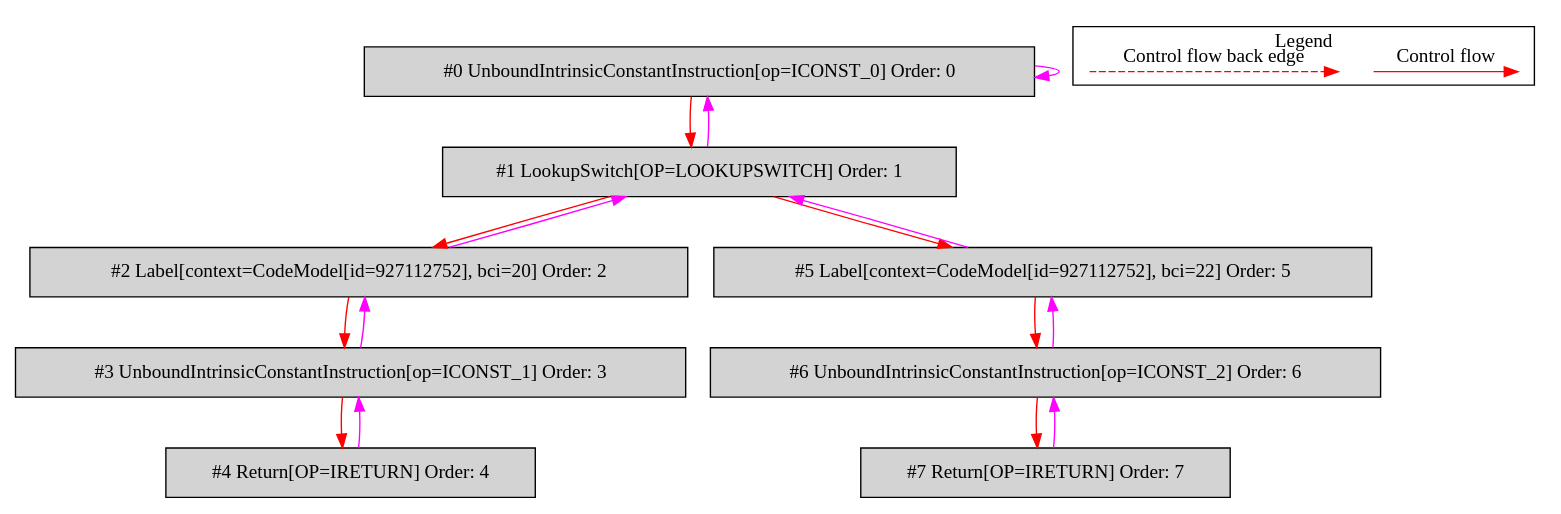
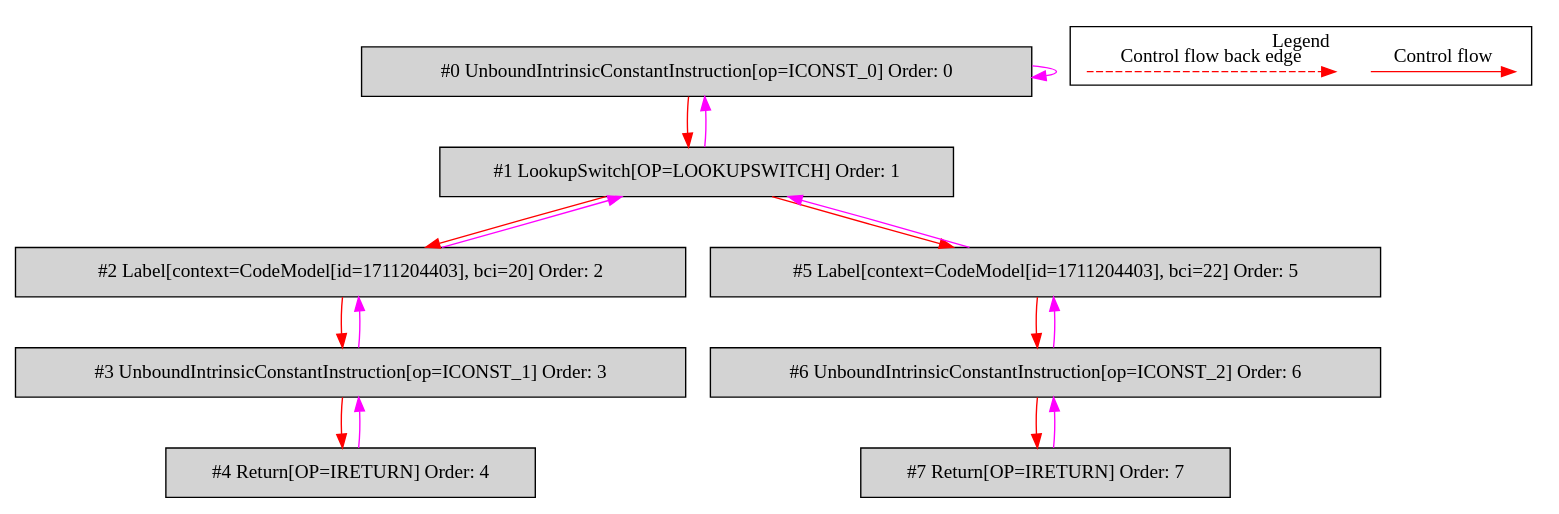
One commit to mirkosertic/MetaIR changed the diagram in de.mirkosertic.metair.ir.OpcodeLOOKUPSWITCHTest/test_LOOKUPSWITCH/bytecodecfg.dot. Above: the diagram before and after it, drawn with Graphviz. The commit also changed 1247 other files, not shown here.

```diff
--- a/de.mirkosertic.metair.ir.OpcodeLOOKUPSWITCHTest/test_LOOKUPSWITCH/bytecodecfg.dot
+++ b/de.mirkosertic.metair.ir.OpcodeLOOKUPSWITCHTest/test_LOOKUPSWITCH/bytecodecfg.dot
@@ -1,40 +1,40 @@
 digraph {
  ordering="in";
  node0[label="#0 UnboundIntrinsicConstantInstruction[op=ICONST_0] Order: 0", shape=box, fillcolor=lightgrey, style=filled];
  node1[label="#1 LookupSwitch[OP=LOOKUPSWITCH] Order: 1", shape=box, fillcolor=lightgrey, style=filled];
- node2[label="#2 Label[context=CodeModel[id=927112752], bci=20] Order: 2", shape=box, fillcolor=lightgrey, style=filled];
+ node2[label="#2 Label[context=CodeModel[id=1711204403], bci=20] Order: 2", shape=box, fillcolor=lightgrey, style=filled];
  node3[label="#3 UnboundIntrinsicConstantInstruction[op=ICONST_1] Order: 3", shape=box, fillcolor=lightgrey, style=filled];
  node4[label="#4 Return[OP=IRETURN] Order: 4", shape=box, fillcolor=lightgrey, style=filled];
- node5[label="#5 Label[context=CodeModel[id=927112752], bci=22] Order: 5", shape=box, fillcolor=lightgrey, style=filled];
+ node5[label="#5 Label[context=CodeModel[id=1711204403], bci=22] Order: 5", shape=box, fillcolor=lightgrey, style=filled];
  node6[label="#6 UnboundIntrinsicConstantInstruction[op=ICONST_2] Order: 6", shape=box, fillcolor=lightgrey, style=filled];
  node7[label="#7 Return[OP=IRETURN] Order: 7", shape=box, fillcolor=lightgrey, style=filled];
  node0 -> node0[color=fuchsia];
  node0 -> node1[color=red];
  node1 -> node0[color=fuchsia];
  node1 -> node2[color=red];
  node2 -> node1[color=fuchsia];
  node2 -> node3[color=red];
  node3 -> node2[color=fuchsia];
  node3 -> node4[color=red];
  node4 -> node3[color=fuchsia];
  node1 -> node5[color=red];
  node5 -> node1[color=fuchsia];
  node5 -> node6[color=red];
  node6 -> node5[color=fuchsia];
  node6 -> node7[color=red];
  node7 -> node6[color=fuchsia];
  subgraph cluster_000 {
   label = "Legend";
   node [shape=point]
   {
    rank=same;
    c0 [style = invis];
    c1 [style = invis];
    c2 [style = invis];
    c3 [style = invis];
   }
   c0 -> c1 [label="Control flow", style=solid, color=red]
   c2 -> c3 [label="Control flow back edge", style=dashed, color=red]
  }
 
 }
```
